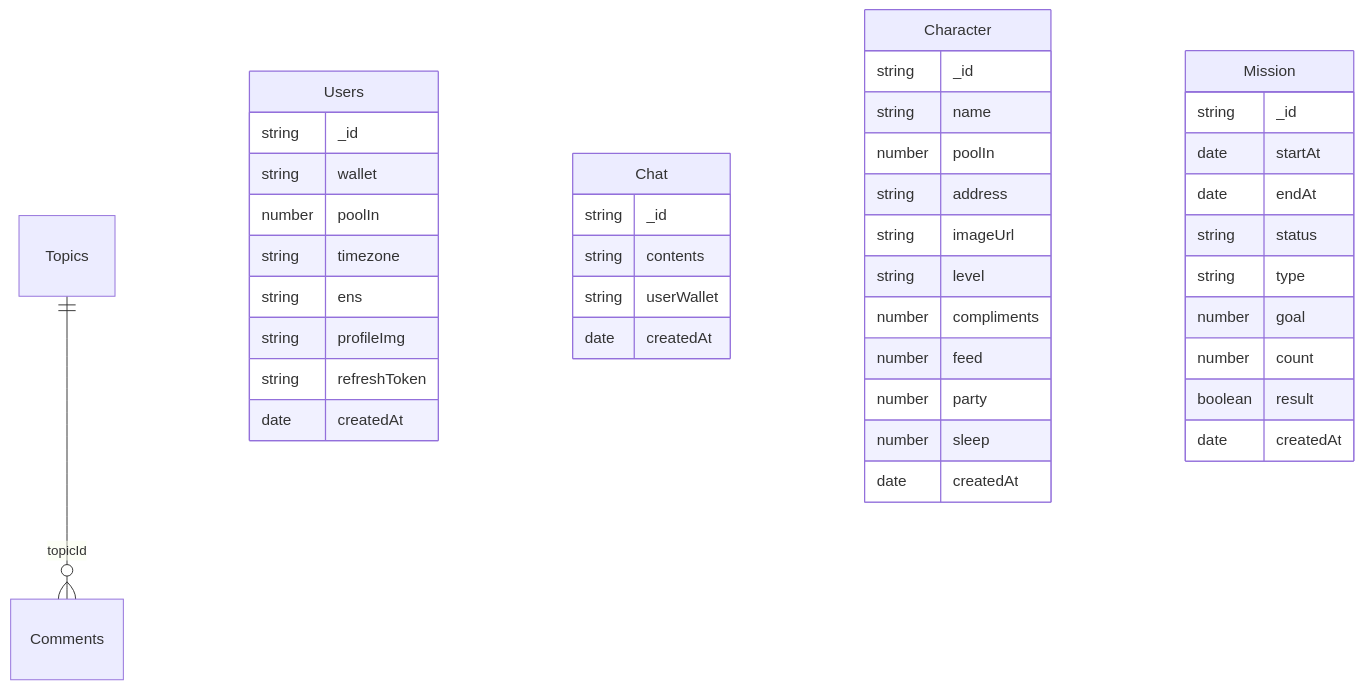
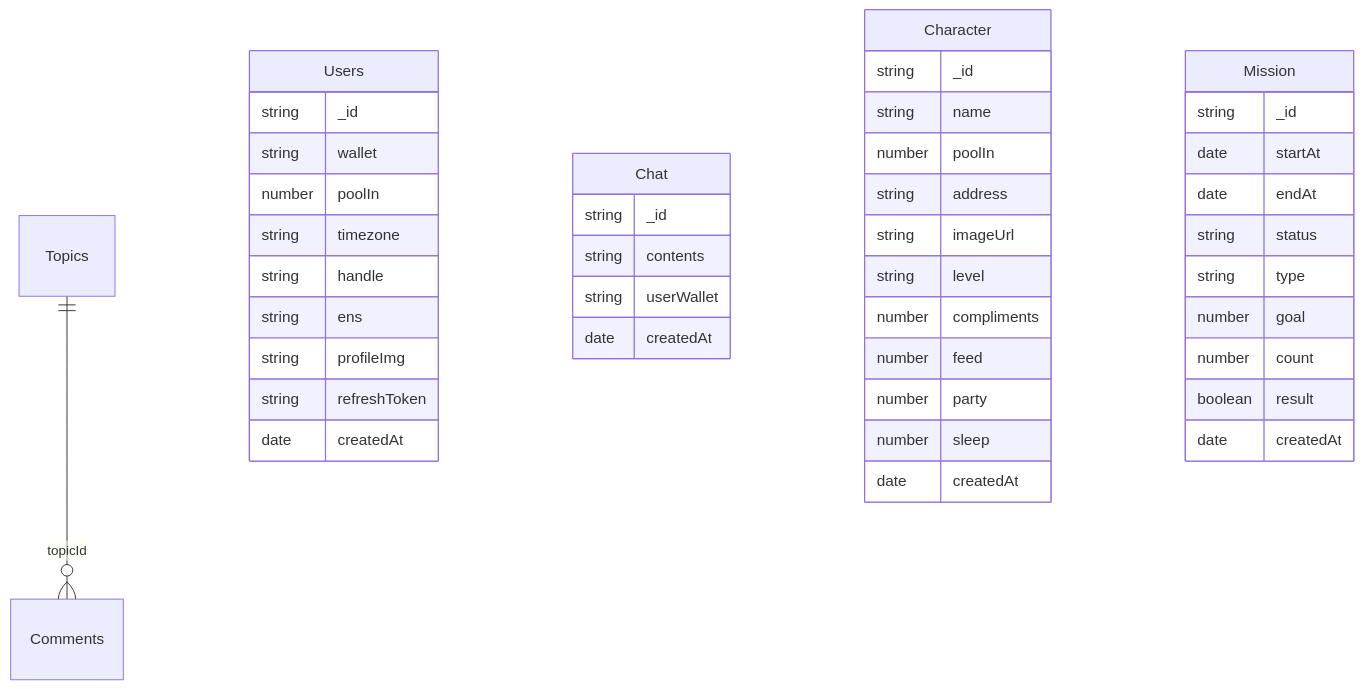
One commit to squad-labs/kumagotchi-server changed the diagram in README.md. Above: the diagram before and after it, drawn with Mermaid. The commit also changed 3 other files, not shown here.

````diff
--- a/README.md
+++ b/README.md
@@ -5,48 +5,49 @@
 ```mermaid
 erDiagram
   Topics ||--o{ Comments : topicId
 
   Users {
     string _id
     string wallet
     number poolIn
     string timezone
+    string handle
     string ens
     string profileImg
     string refreshToken
     date createdAt
   }
 
   Chat {
     string _id
     string contents
     string userWallet
     date createdAt
   }
 
   Character {
     string _id
     string name
     number poolIn
     string address
     string imageUrl
     string level
     number compliments
     number feed
     number party
     number sleep
     date createdAt
   }
 
   Mission {
     string _id
     date startAt
     date endAt
     string status
     string type
     number goal
     number count
     boolean result
     date createdAt
   }
 ```
````
